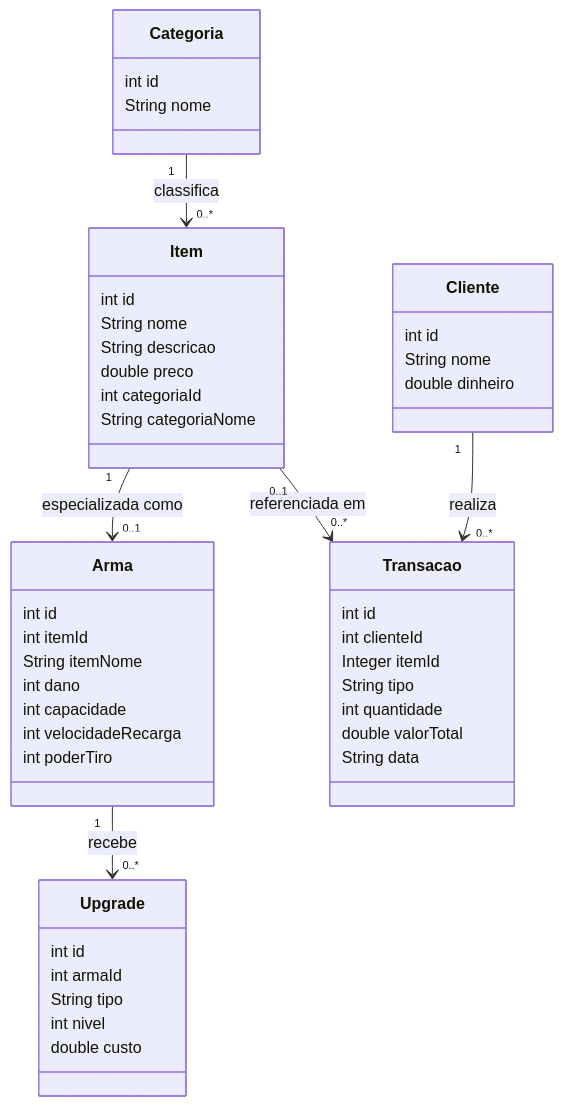
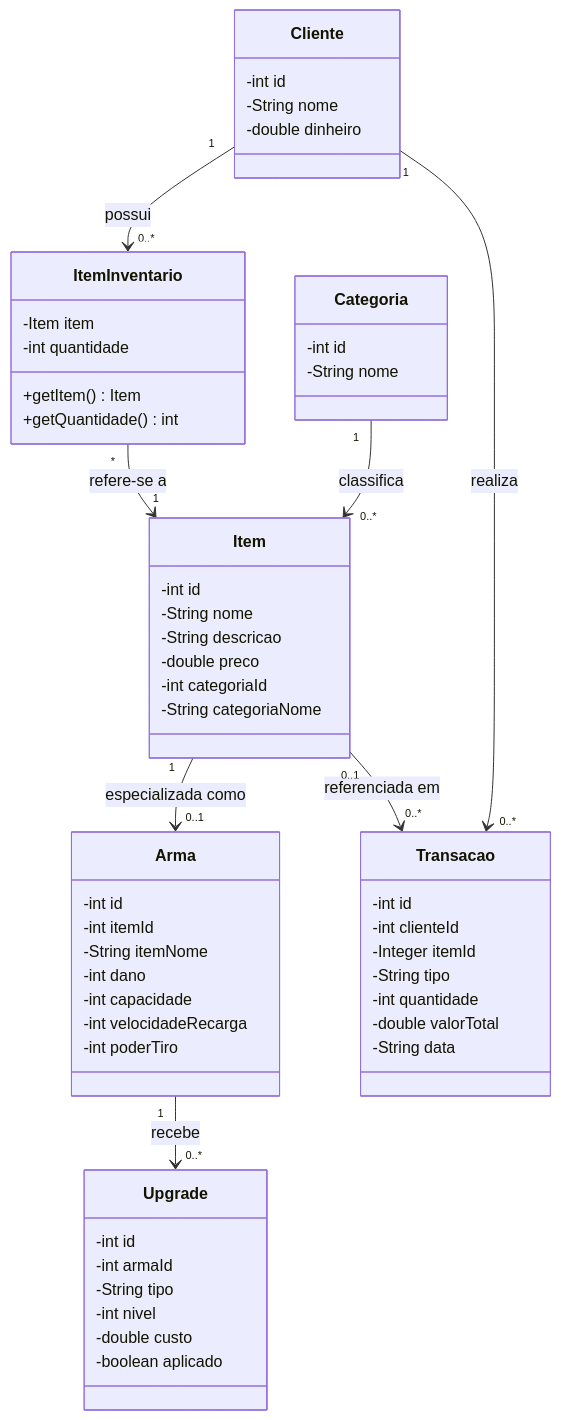
One commit to Eduudc16/RE4 changed the diagram in docs/diagramas/diagrama-classes.mmd. Above: the diagram before and after it, drawn with Mermaid. The commit also changed 1 other file, not shown here.

Commit message:
Atualiza diagramas de classes e ER (inventario_cliente, ItemInventario, Upgrade.aplicado)

```diff
--- a/docs/diagramas/diagrama-classes.mmd
+++ b/docs/diagramas/diagrama-classes.mmd
@@ -1,49 +1,58 @@
 classDiagram
     class Categoria {
-        int id
-        String nome
+        -int id
+        -String nome
     }
     class Item {
-        int id
-        String nome
-        String descricao
-        double preco
-        int categoriaId
-        String categoriaNome
+        -int id
+        -String nome
+        -String descricao
+        -double preco
+        -int categoriaId
+        -String categoriaNome
     }
     class Arma {
-        int id
-        int itemId
-        String itemNome
-        int dano
-        int capacidade
-        int velocidadeRecarga
-        int poderTiro
+        -int id
+        -int itemId
+        -String itemNome
+        -int dano
+        -int capacidade
+        -int velocidadeRecarga
+        -int poderTiro
     }
     class Upgrade {
-        int id
-        int armaId
-        String tipo
-        int nivel
-        double custo
+        -int id
+        -int armaId
+        -String tipo
+        -int nivel
+        -double custo
+        -boolean aplicado
     }
     class Cliente {
-        int id
-        String nome
-        double dinheiro
+        -int id
+        -String nome
+        -double dinheiro
     }
     class Transacao {
-        int id
-        int clienteId
-        Integer itemId
-        String tipo
-        int quantidade
-        double valorTotal
-        String data
+        -int id
+        -int clienteId
+        -Integer itemId
+        -String tipo
+        -int quantidade
+        -double valorTotal
+        -String data
+    }
+    class ItemInventario {
+        -Item item
+        -int quantidade
+        +getItem() Item
+        +getQuantidade() int
     }
 
     Categoria "1" --> "0..*" Item : classifica
     Item "1" --> "0..1" Arma : especializada como
     Arma "1" --> "0..*" Upgrade : recebe
     Cliente "1" --> "0..*" Transacao : realiza
     Item "0..1" --> "0..*" Transacao : referenciada em
+    Cliente "1" --> "0..*" ItemInventario : possui
+    ItemInventario "*" --> "1" Item : refere-se a
```
